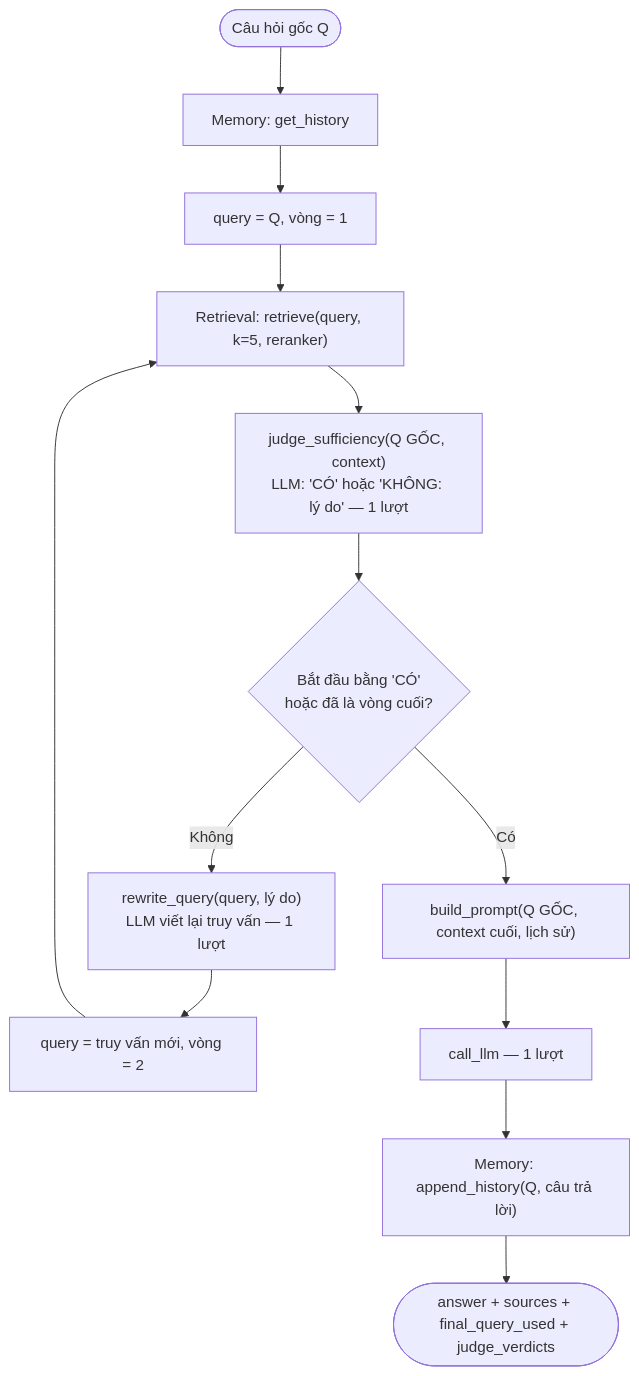
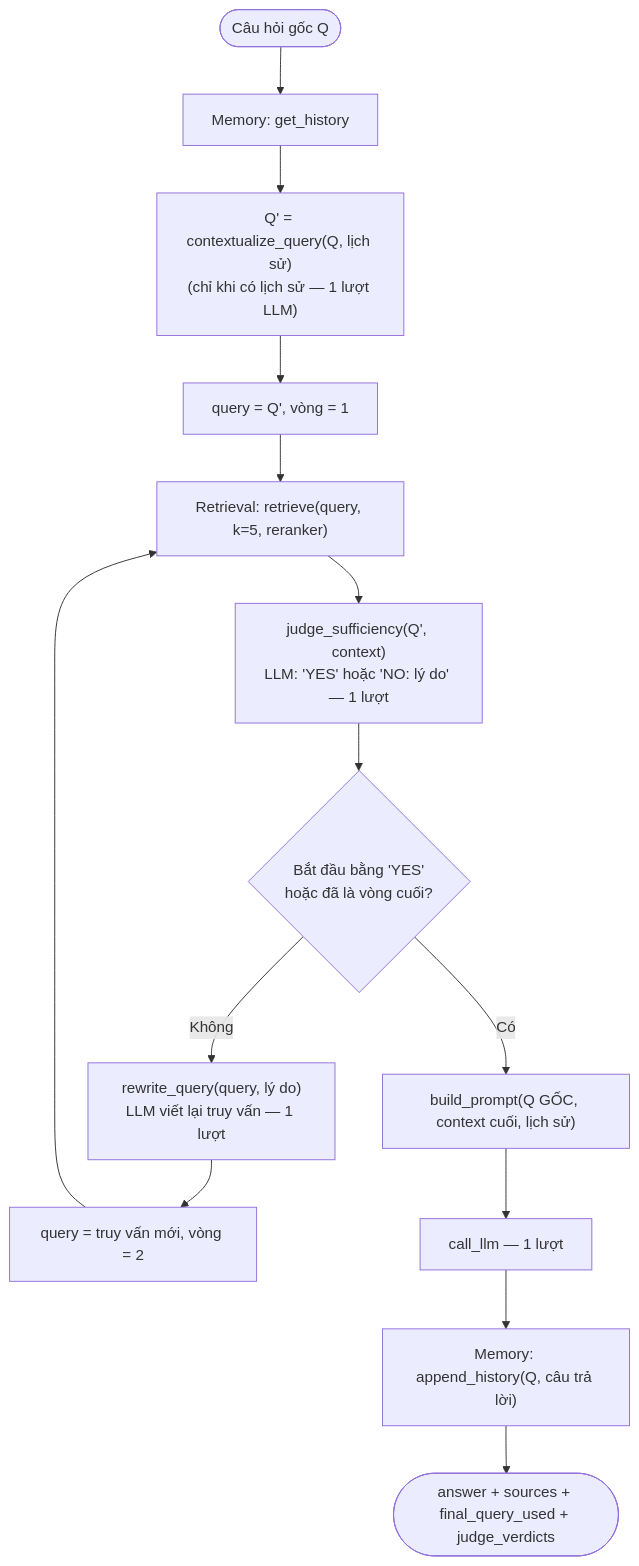
Before and after one commit to ThanhTrung2001/RAG_Project: the fourth of 6 diagrams in docs/BAO_CAO_A3_IS6303.md, drawn with Mermaid. The commit also changed other lines of this file and 27 other files, not shown here.

````diff
--- a/docs/BAO_CAO_A3_IS6303.md
+++ b/docs/BAO_CAO_A3_IS6303.md
@@ -443,15 +472,16 @@
 ```mermaid
 flowchart TD
     Q([Câu hỏi gốc Q]) --> H["Memory: get_history"]
-    H --> I["query = Q, vòng = 1"]
+    H --> CQ["Q' = contextualize_query(Q, lịch sử)<br/>(chỉ khi có lịch sử — 1 lượt LLM)"]
+    CQ --> I["query = Q', vòng = 1"]
     I --> R["Retrieval: retrieve(query, k=5, reranker)"]
-    R --> J["judge_sufficiency(Q GỐC, context)<br/>LLM: 'CÓ' hoặc 'KHÔNG: lý do' — 1 lượt"]
-    J --> D{"Bắt đầu bằng 'CÓ'<br/>hoặc đã là vòng cuối?"}
+    R --> J["judge_sufficiency(Q', context)<br/>LLM: 'YES' hoặc 'NO: lý do' — 1 lượt"]
+    J --> D{"Bắt đầu bằng 'YES'<br/>hoặc đã là vòng cuối?"}
     D -- Không --> W["rewrite_query(query, lý do)<br/>LLM viết lại truy vấn — 1 lượt"]
     W --> N["query = truy vấn mới, vòng = 2"]
     N --> R
     D -- Có --> P["build_prompt(Q GỐC, context cuối, lịch sử)"]
     P --> L["call_llm — 1 lượt"]
     L --> S["Memory: append_history(Q, câu trả lời)"]
     S --> O([answer + sources + final_query_used + judge_verdicts])
 ```
````
